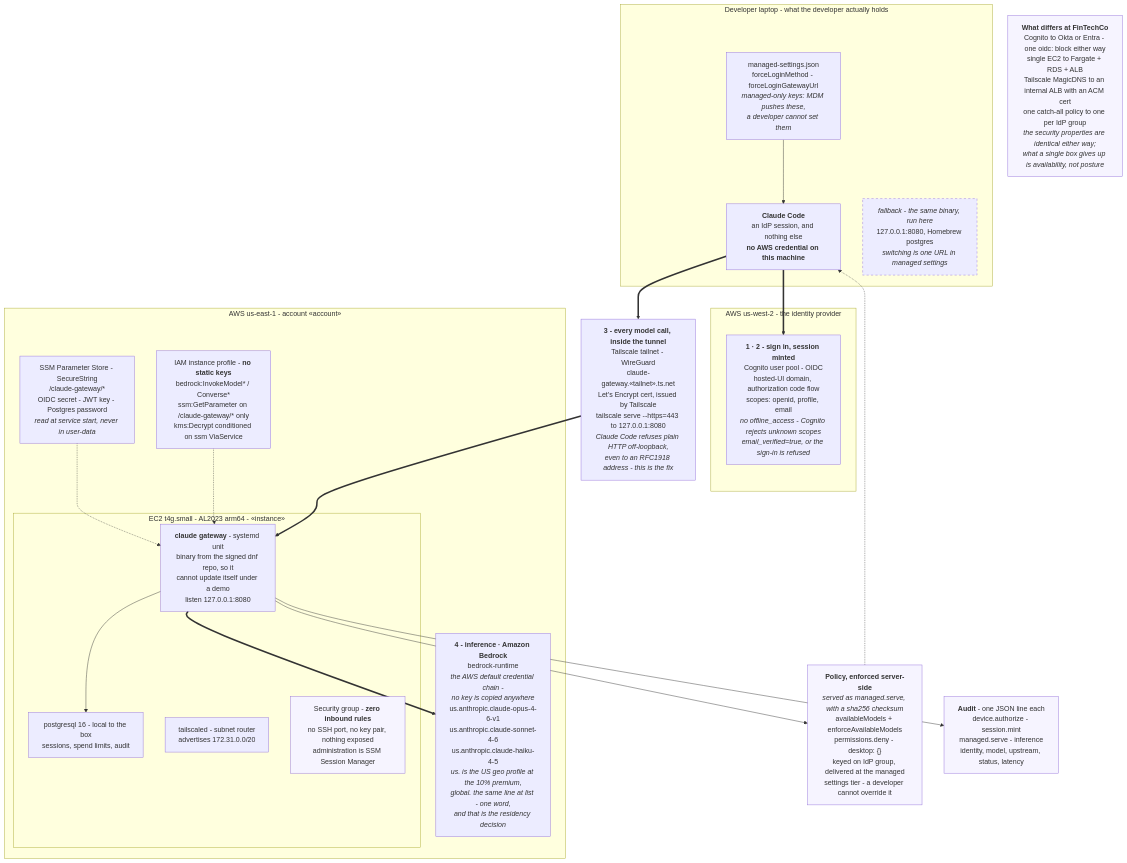
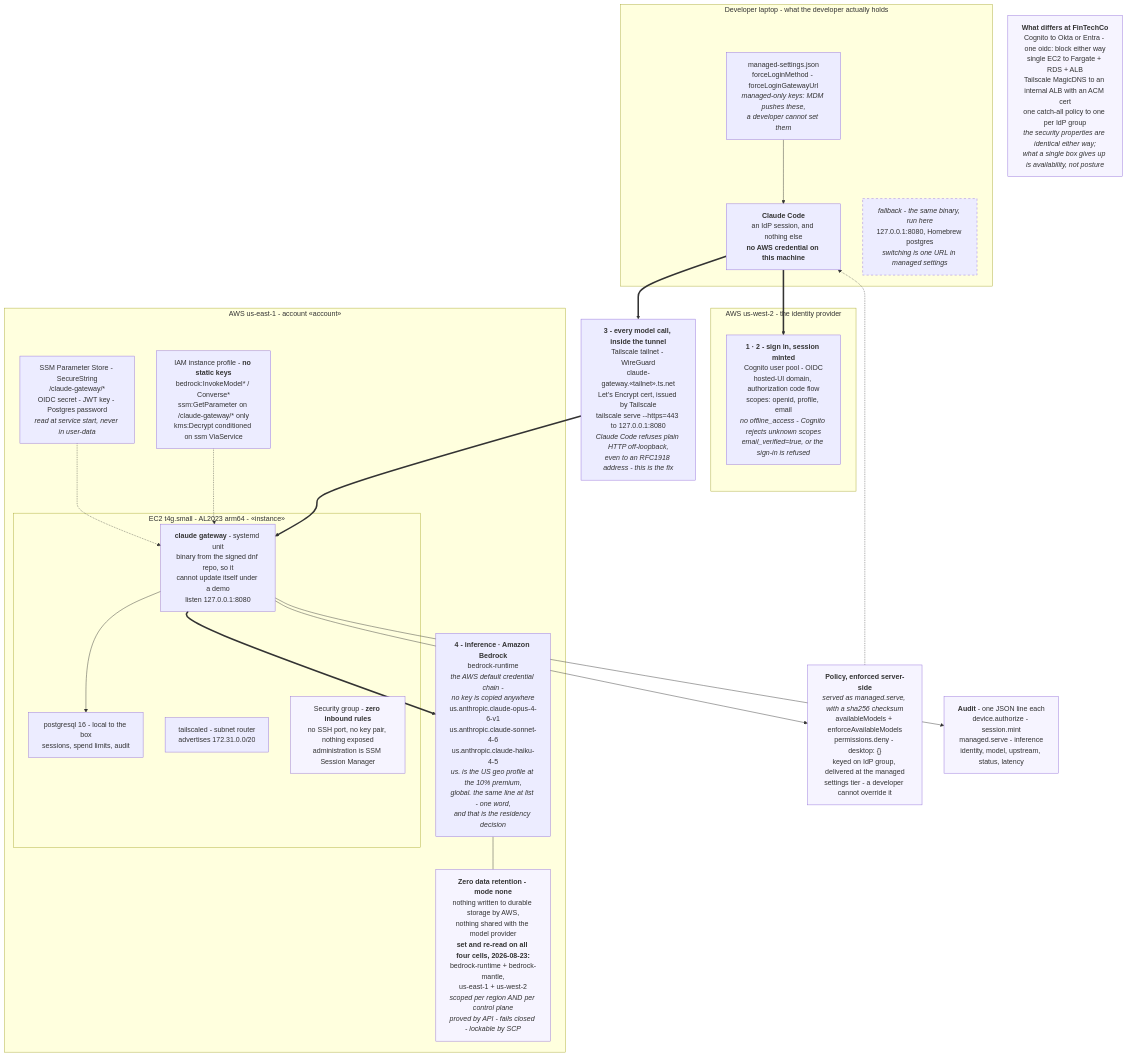
One commit to congmingwudi/ft-architecture changed the diagram in src/gateway-redacted.mmd. Above: the diagram before and after it, drawn with Mermaid. The commit also changed 2 other files, not shown here.

Commit message:
Rebuild architecture page — 2026-08-24

```diff
--- a/src/gateway-redacted.mmd
+++ b/src/gateway-redacted.mmd
@@ -1,49 +1,52 @@
 flowchart TB
   %% diagram: gateway
   subgraph LAPTOP["Developer laptop - what the developer actually holds"]
     CC["<b>Claude Code</b><br/>an IdP session, and nothing else<br/><b>no AWS credential on this machine</b>"]
     MS["managed-settings.json<br/>forceLoginMethod - forceLoginGatewayUrl<br/><i>managed-only keys: MDM pushes these,<br/>a developer cannot set them</i>"]
     LOCALGW["<i>fallback - the same binary, run here</i><br/>127.0.0.1:8080, Homebrew postgres<br/><i>switching is one URL in managed settings</i>"]
     MS --> CC
   end
 
   subgraph AWSW["AWS us-west-2 - the identity provider"]
     COG["<b>1 · 2 - sign in, session minted</b><br/>Cognito user pool - OIDC<br/>hosted-UI domain, authorization code flow<br/>scopes: openid, profile, email<br/><i>no offline_access - Cognito rejects unknown scopes</i><br/><i>email_verified=true, or the sign-in is refused</i>"]
   end
 
   TSNET["<b>3 - every model call, inside the tunnel</b><br/>Tailscale tailnet - WireGuard<br/>claude-gateway.«tailnet».ts.net<br/>Let's Encrypt cert, issued by Tailscale<br/>tailscale serve --https=443 to 127.0.0.1:8080<br/><i>Claude Code refuses plain HTTP off-loopback,<br/>even to an RFC1918 address - this is the fix</i>"]
 
   subgraph AWSE["AWS us-east-1 - account «account»"]
     subgraph EC2["EC2 t4g.small - AL2023 arm64 - «instance»"]
       GW["<b>claude gateway</b> - systemd unit<br/>binary from the signed dnf repo, so it<br/>cannot update itself under a demo<br/>listen 127.0.0.1:8080"]
       PG["postgresql 16 - local to the box<br/>sessions, spend limits, audit"]
       TSD["tailscaled - subnet router<br/>advertises 172.31.0.0/20"]
       SGN["Security group - <b>zero inbound rules</b><br/>no SSH port, no key pair, nothing exposed<br/>administration is SSM Session Manager"]
       GW --> PG
     end
     SSMP["SSM Parameter Store - SecureString<br/>/claude-gateway/*<br/>OIDC secret - JWT key - Postgres password<br/><i>read at service start, never in user-data</i>"]
     IAMP["IAM instance profile - <b>no static keys</b><br/>bedrock:InvokeModel* / Converse*<br/>ssm:GetParameter on /claude-gateway/* only<br/>kms:Decrypt conditioned on ssm ViaService"]
     BR["<b>4 - inference · Amazon Bedrock</b><br/>bedrock-runtime<br/><i>the AWS default credential chain -<br/>no key is copied anywhere</i><br/>us.anthropic.claude-opus-4-6-v1<br/>us.anthropic.claude-sonnet-4-6<br/>us.anthropic.claude-haiku-4-5<br/><i>us. is the US geo profile at the 10% premium,<br/>global. the same line at list - one word,<br/>and that is the residency decision</i>"]
+    ZDR["<b>Zero data retention - mode none</b><br/>nothing written to durable storage by AWS,<br/>nothing shared with the model provider<br/><b>set and re-read on all four cells, 2026-08-23:</b><br/>bedrock-runtime + bedrock-mantle,<br/>us-east-1 + us-west-2<br/><i>scoped per region AND per control plane</i><br/><i>proved by API - fails closed - lockable by SCP</i>"]
+    BR --- ZDR
     SSMP -.-> GW
     IAMP -.-> GW
   end
 
   CC ==> COG
   CC ==> TSNET
   TSNET ==> GW
   GW ==> BR
 
   POL["<b>Policy, enforced server-side</b><br/><i>served as managed.serve, with a sha256 checksum</i><br/>availableModels + enforceAvailableModels<br/>permissions.deny - desktop: {}<br/>keyed on IdP group, delivered at the managed<br/>settings tier - a developer cannot override it"]
   AUD["<b>Audit</b> - one JSON line each<br/>device.authorize - session.mint<br/>managed.serve - inference<br/>identity, model, upstream, status, latency"]
   GW --> POL
   GW --> AUD
   POL -.-> CC
 
   DIFF["<b>What differs at FinTechCo</b><br/>Cognito to Okta or Entra - one oidc: block either way<br/>single EC2 to Fargate + RDS + ALB<br/>Tailscale MagicDNS to an internal ALB with an ACM cert<br/>one catch-all policy to one per IdP group<br/><i>the security properties are identical either way;<br/>what a single box gives up is availability, not posture</i>"]
 
   style POL fill:#f6f4ff
   style AUD fill:#f6f4ff
   style DIFF fill:#f6f4ff
   style SGN fill:#f6f4ff
+  style ZDR fill:#f6f4ff
   classDef fallback stroke-dasharray:5;
   class LOCALGW fallback;
```
